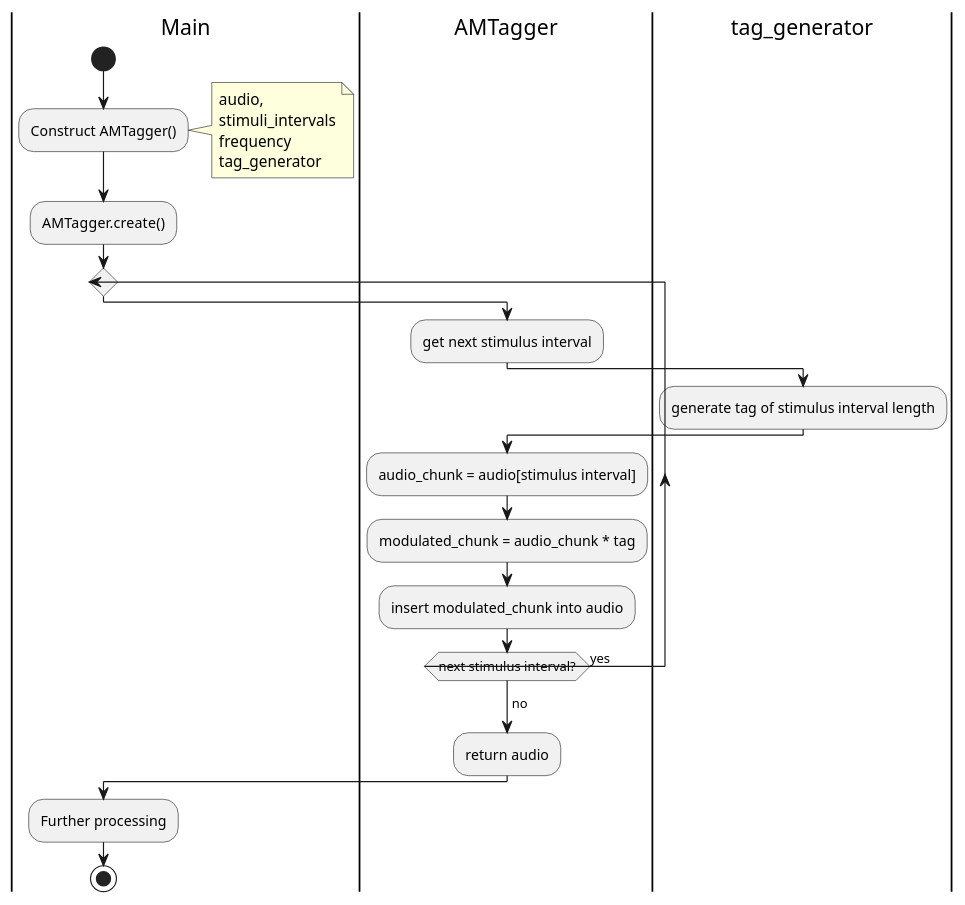
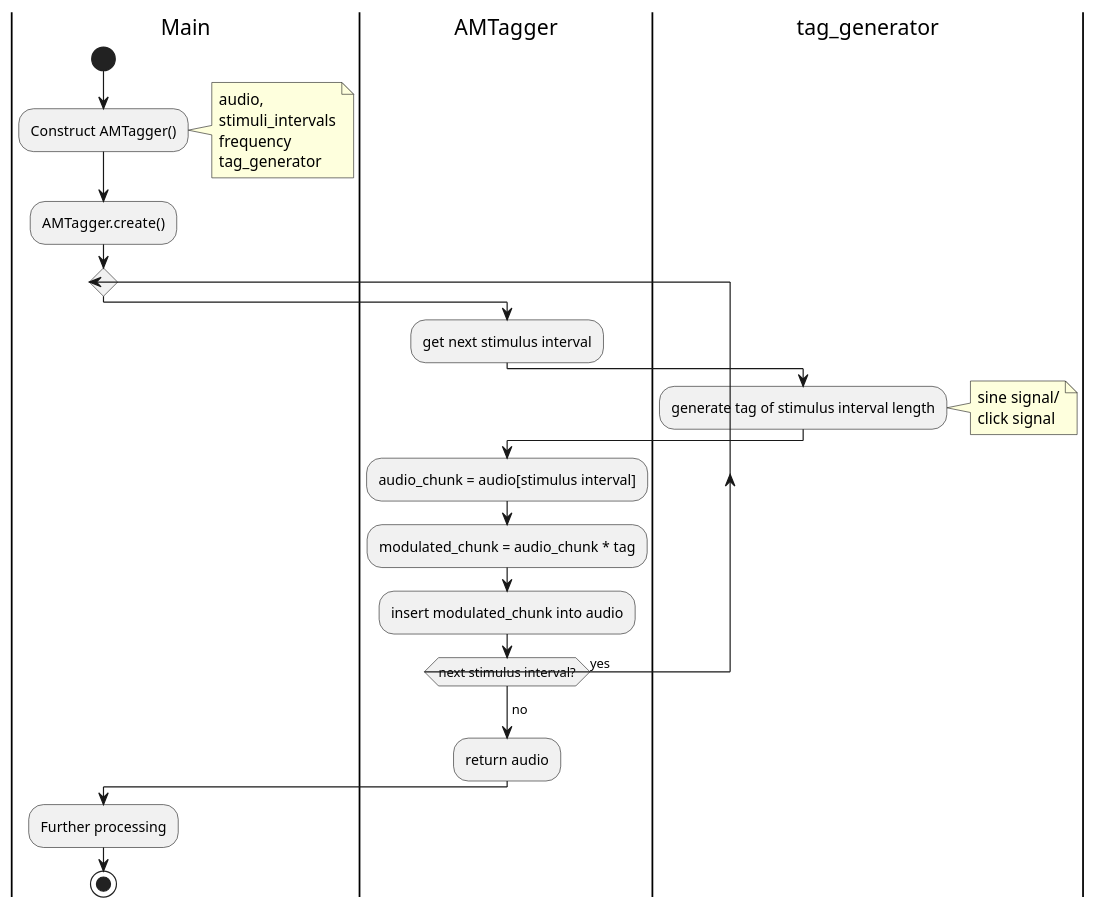
One commit to michalrzak/auditory-intention-decoding changed the diagram in diagrams/plantuml/activity/assr_am_tagger.puml. Above: the diagram before and after it, drawn with PlantUML.

Commit message:
added note to diagram

```diff
--- a/diagrams/plantuml/activity/assr_am_tagger.puml
+++ b/diagrams/plantuml/activity/assr_am_tagger.puml
@@ -1,36 +1,40 @@
 @startuml
 'https://plantuml.com/activity-diagram-beta
 
 |Main|
 start
 :Construct AMTagger();
 note right
     audio,
     stimuli_intervals
     frequency
     tag_generator
 end note
 
 :AMTagger.create();
 
 repeat
     |AMTagger|
     :get next stimulus interval;
 
     |tag_generator|
     :generate tag of stimulus interval length;
+    note right
+        sine signal/
+        click signal
+    end note
 
     |AMTagger|
     :audio_chunk = audio[stimulus interval];
     :modulated_chunk = audio_chunk * tag;
     :insert modulated_chunk into audio;
 repeat while(next stimulus interval?) is (yes)
 ->no;
 :return audio;
 
 |Main|
 :Further processing;
 stop
 
 
 @enduml
```
